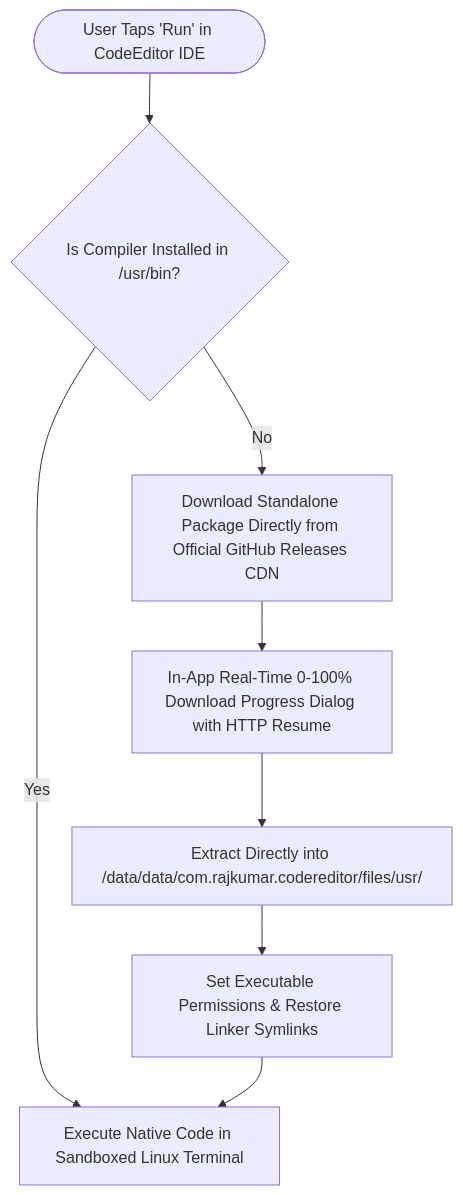
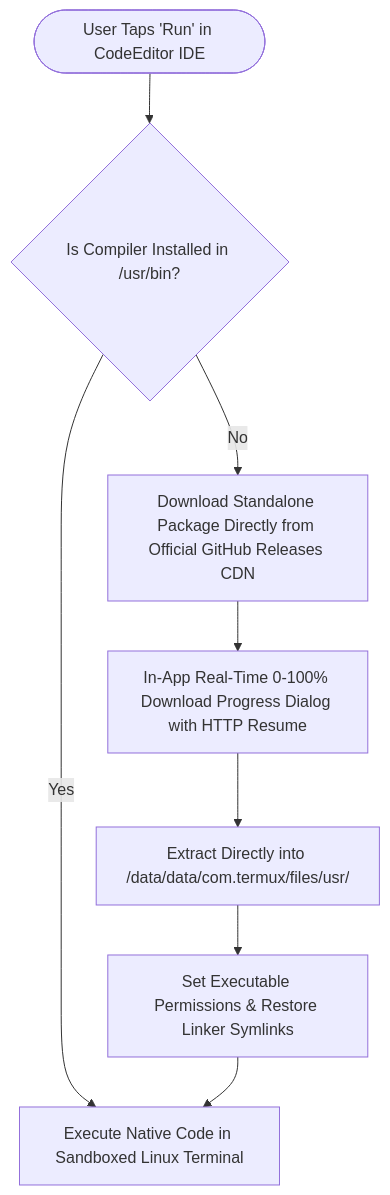
Before and after one commit to raj40870-pixel/library: the diagram in README.md, drawn with Mermaid. The commit also changed other lines of this file, not shown here.

````diff
--- a/README.md
+++ b/README.md
@@ -30,10 +30,10 @@
 ```mermaid
 flowchart TD
     User([User Taps 'Run' in CodeEditor IDE]) --> CheckBin{Is Compiler Installed in /usr/bin?}
     CheckBin -- Yes --> RunCode[Execute Native Code in Sandboxed Linux Terminal]
     CheckBin -- No --> CDNFetch[Download Standalone Package Directly from Official GitHub Releases CDN]
     CDNFetch --> Progress[In-App Real-Time 0-100% Download Progress Dialog with HTTP Resume]
-    Progress --> Extract[Extract Directly into /data/data/com.rajkumar.codereditor/files/usr/]
+    Progress --> Extract[Extract Directly into /data/data/com.termux/files/usr/]
     Extract --> Perms[Set Executable Permissions & Restore Linker Symlinks]
     Perms --> RunCode
 ```
````
